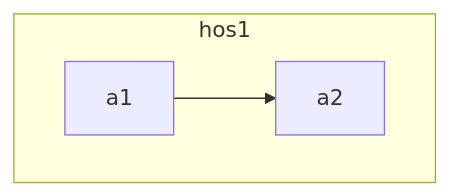
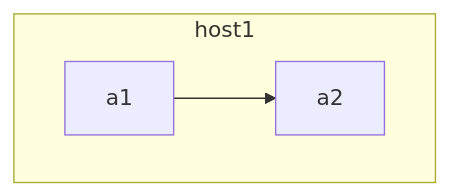
Before and after one commit to googlelxhgithub/iodraw-files: the diagram in all/network.md, drawn with Mermaid.

Commit message:
2024-08-30 21:44:41 update

````diff
--- a/all/network.md
+++ b/all/network.md
@@ -1,7 +1,7 @@
 ```mermaid
 flowchart TB
-    subgraph hos1
+    subgraph host1
     a1-->a2
     end
  
 ```
````
